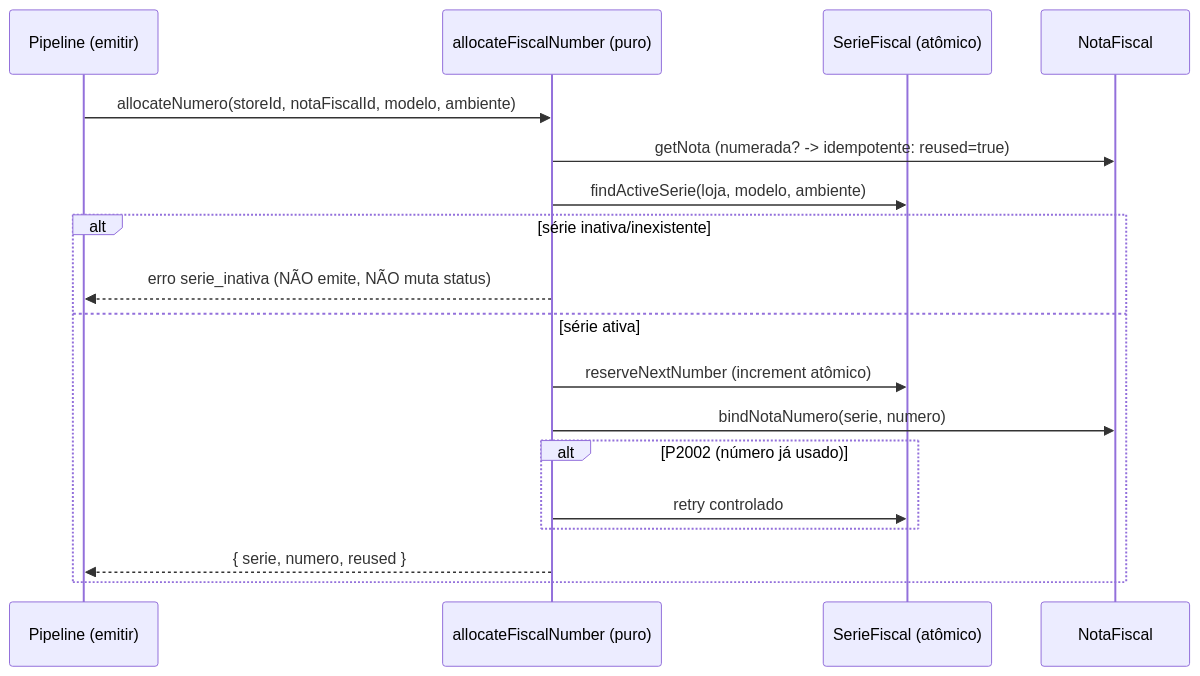
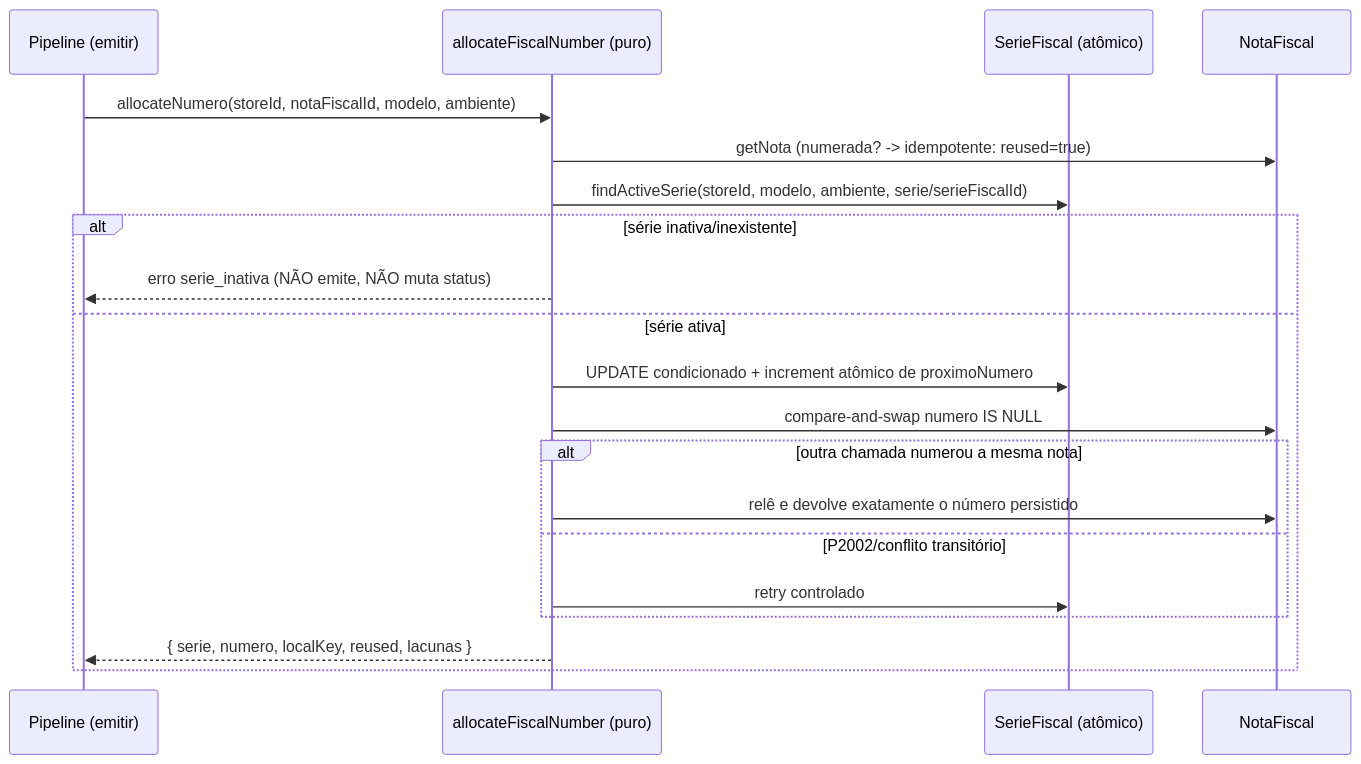
One commit to rafaelfaria49-png/omni-gestao-pro-pdv-claude changed the third of 5 diagrams in docs/architecture/FISCAL_SCHEMA_DESIGN.md. Above: the diagram before and after it, drawn with Mermaid. The commit also changed other lines of this file and 8 other files, not shown here.

````diff
--- a/docs/architecture/FISCAL_SCHEMA_DESIGN.md
+++ b/docs/architecture/FISCAL_SCHEMA_DESIGN.md
@@ -315,20 +317,22 @@
 ```mermaid
 sequenceDiagram
   participant P as Pipeline (emitir)
   participant A as allocateFiscalNumber (puro)
   participant DB as SerieFiscal (atômico)
   participant N as NotaFiscal
   P->>A: allocateNumero(storeId, notaFiscalId, modelo, ambiente)
   A->>N: getNota (numerada? -> idempotente: reused=true)
-  A->>DB: findActiveSerie(loja, modelo, ambiente)
+  A->>DB: findActiveSerie(storeId, modelo, ambiente, serie/serieFiscalId)
   alt série inativa/inexistente
     A-->>P: erro serie_inativa (NÃO emite, NÃO muta status)
   else série ativa
-    A->>DB: reserveNextNumber (increment atômico)
-    A->>N: bindNotaNumero(serie, numero)
-    alt P2002 (número já usado)
+    A->>DB: UPDATE condicionado + increment atômico de proximoNumero
+    A->>N: compare-and-swap numero IS NULL
+    alt outra chamada numerou a mesma nota
+      A->>N: relê e devolve exatamente o número persistido
+    else P2002/conflito transitório
       A->>DB: retry controlado
     end
-    A-->>P: { serie, numero, reused }
+    A-->>P: { serie, numero, localKey, reused, lacunas }
   end
 ```
````
